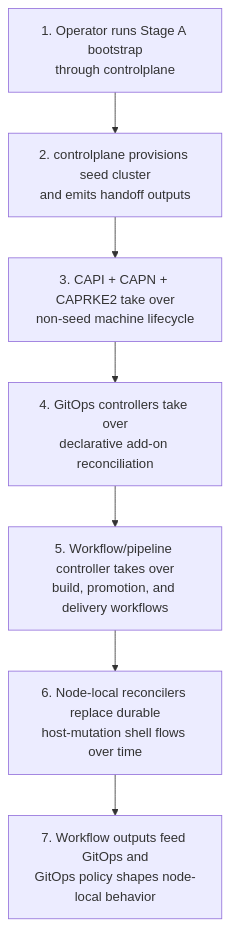
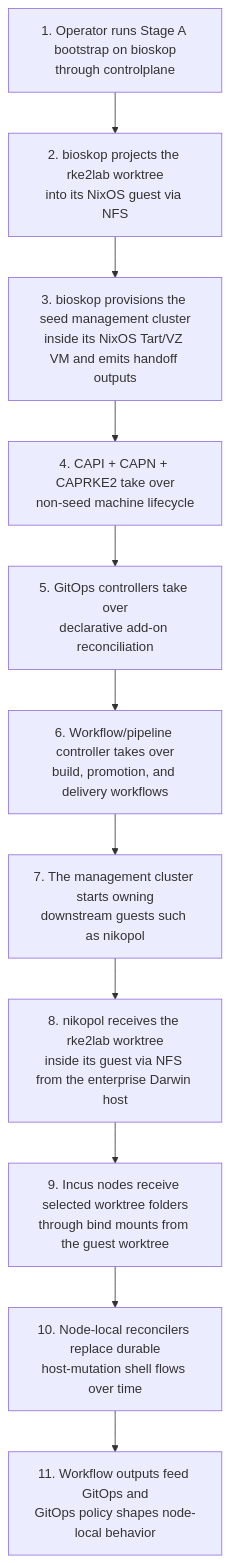
One commit to nxmatic/rke2lab changed the third of 3 diagrams in docs/post-bootstrap-in-cluster-ownership-plan.adoc. Above: the diagram before and after it, drawn with Mermaid. The commit also changed other lines of this file, not shown here.

Commit message:
docs(architecture): ground ownership plan in host and worktree topology @codebase @copilot

```diff
--- a/docs/post-bootstrap-in-cluster-ownership-plan.adoc
+++ b/docs/post-bootstrap-in-cluster-ownership-plan.adoc
@@ -146,13 +239,17 @@
 [mermaid,post-bootstrap-ownership-dynamic,svg]
 ----
 flowchart TD
-    step1[1. Operator runs Stage A bootstrap<br/>through controlplane]
-    step2[2. controlplane provisions seed cluster<br/>and emits handoff outputs]
-    step3[3. CAPI + CAPN + CAPRKE2 take over<br/>non-seed machine lifecycle]
-    step4[4. GitOps controllers take over<br/>declarative add-on reconciliation]
-    step5[5. Workflow/pipeline controller takes over<br/>build, promotion, and delivery workflows]
-    step6[6. Node-local reconcilers replace durable<br/>host-mutation shell flows over time]
-    step7[7. Workflow outputs feed GitOps and<br/>GitOps policy shapes node-local behavior]
+    step1[1. Operator runs Stage A bootstrap on bioskop<br/>through controlplane]
+    step2[2. bioskop projects the rke2lab worktree<br/>into its NixOS guest via NFS]
+    step3[3. bioskop provisions the seed management cluster<br/>inside its NixOS Tart/VZ VM and emits handoff outputs]
+    step4[4. CAPI + CAPN + CAPRKE2 take over<br/>non-seed machine lifecycle]
+    step5[5. GitOps controllers take over<br/>declarative add-on reconciliation]
+    step6[6. Workflow/pipeline controller takes over<br/>build, promotion, and delivery workflows]
+    step7[7. The management cluster starts owning<br/>downstream guests such as nikopol]
+    step8[8. nikopol receives the rke2lab worktree<br/>inside its guest via NFS from the enterprise Darwin host]
+    step9[9. Incus nodes receive selected worktree folders<br/>through bind mounts from the guest worktree]
+    step10[10. Node-local reconcilers replace durable<br/>host-mutation shell flows over time]
+    step11[11. Workflow outputs feed GitOps and<br/>GitOps policy shapes node-local behavior]
 
-    step1 --> step2 --> step3 --> step4 --> step5 --> step6 --> step7
+    step1 --> step2 --> step3 --> step4 --> step5 --> step6 --> step7 --> step8 --> step9 --> step10 --> step11
 ----
```
